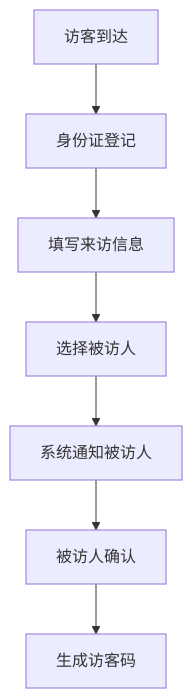
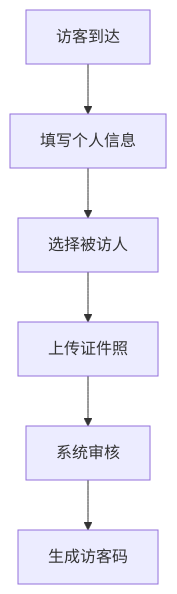
The first of 2 diagrams in devel/requirement.md (yuhaibao39/n8ndeploy), drawn with Mermaid before and after one commit. The commit also changed other lines of this file, not shown here.

````diff
--- a/devel/requirement.md
+++ b/devel/requirement.md
@@ -34,9 +34,8 @@
 ```mermaid
 graph TD
-    A[访客到达] --> B[身份证登记]
-    B --> C[填写来访信息]
-    C --> D[选择被访人]
-    D --> E[系统通知被访人]
-    E --> F[被访人确认]
-    F --> G[生成访客码]
+    A[访客到达] --> B[填写个人信息]
+    B --> C[选择被访人]
+    C --> D[上传证件照]
+    D --> E[系统审核]
+    E --> F[生成访客码]
 ```
````
